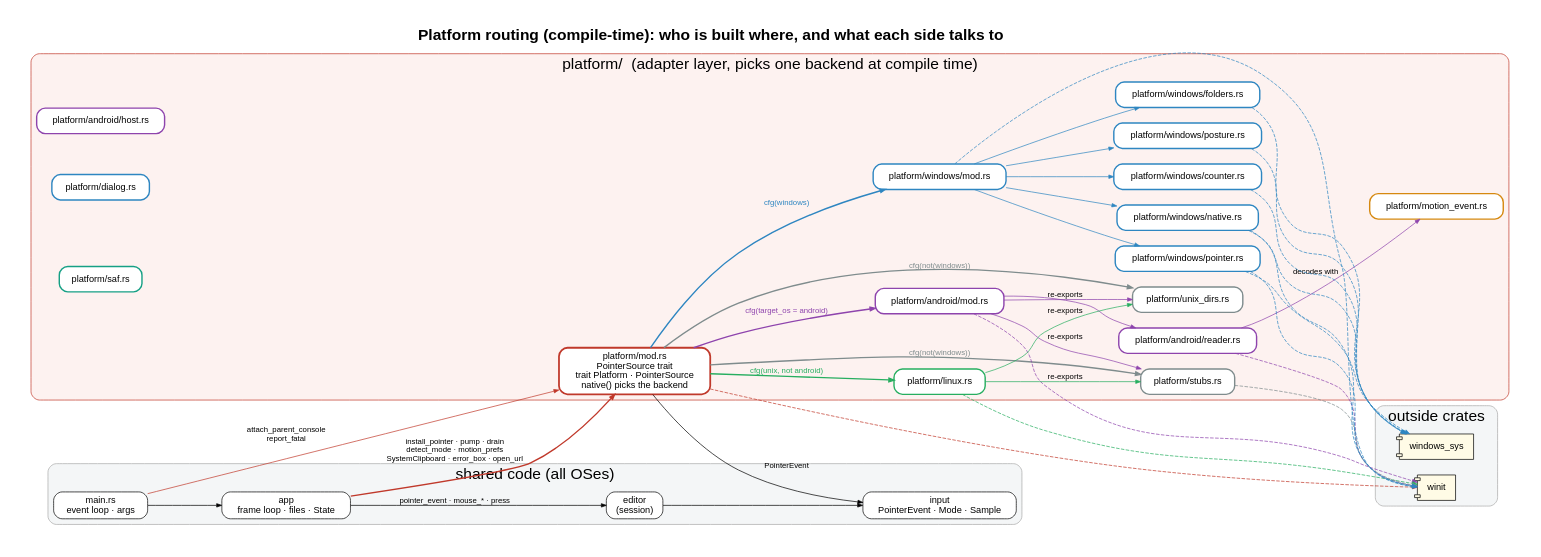
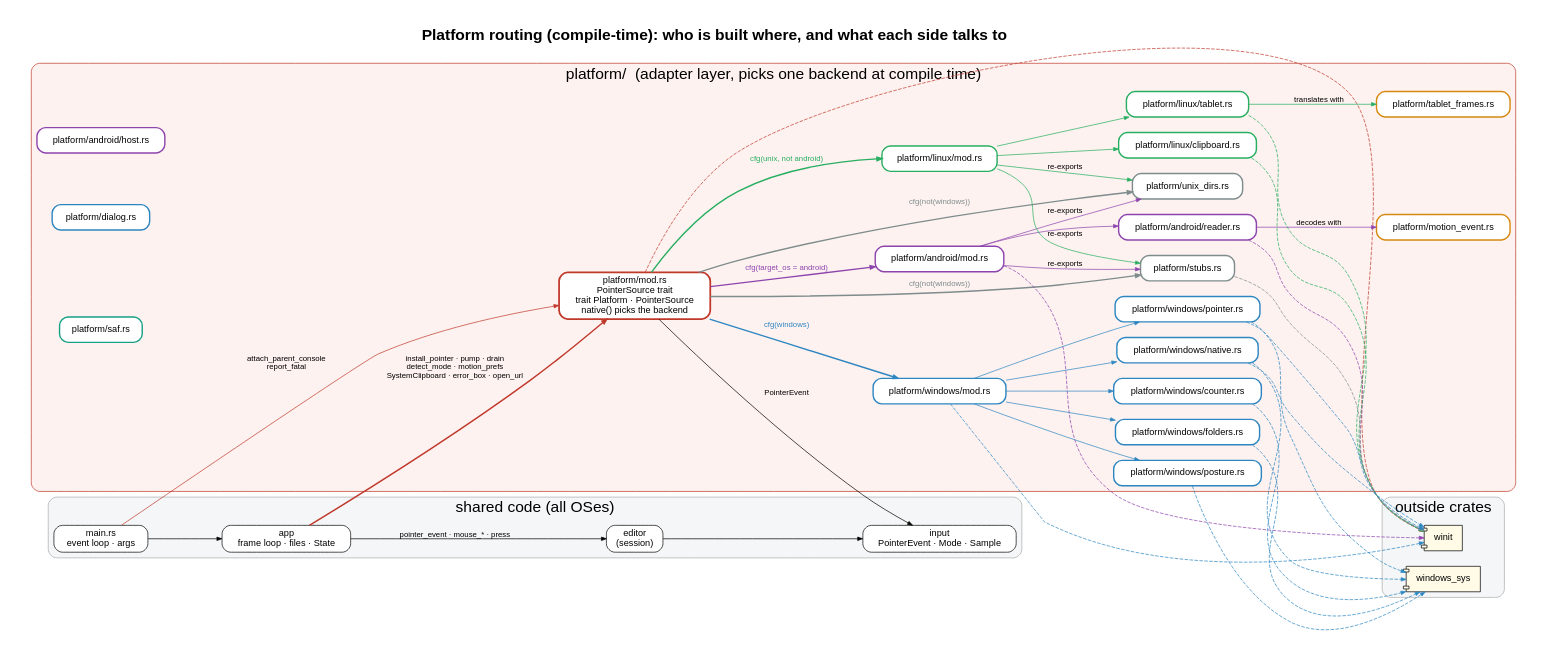
One commit to rajatmo/inkpdf changed the diagram in docs/deps/platform.dot. Above: the diagram before and after it, drawn with Graphviz. The commit also changed 77 other files, not shown here.

```diff
--- a/docs/deps/platform.dot
+++ b/docs/deps/platform.dot
@@ -1,70 +1,77 @@
 digraph P {
 rankdir=LR; newrank=true; splines=true; nodesep=0.3; ranksep=1.1; pad=0.4;
 label=<<b>Platform routing (compile-time): who is built where, and what each side talks to</b>>; labelloc=t; fontsize=22; fontname="Helvetica";
 node [shape=box, style="rounded,filled", fillcolor=white, fontname="Helvetica", fontsize=13, margin="0.14,0.07"];
 edge [arrowsize=0.7, fontname="Helvetica", fontsize=11];
 subgraph cluster_shared { label="shared code (all OSes)"; style="rounded,filled"; fillcolor="#f4f6f7"; color="#aaaaaa"; fontname="Helvetica";
   "app" [label="app\nframe loop · files · State"];
   "main" [label="main.rs\nevent loop · args"];
   "editor" [label="editor\n(session)"];
   "input" [label="input\nPointerEvent · Mode · Sample"];
 }
 subgraph cluster_plat { label="platform/  (adapter layer, picks one backend at compile time)"; style="rounded,filled"; fillcolor="#fdf2f0"; color="#c0392b"; fontname="Helvetica";
   "platform_mod" [label="platform/mod.rs\nPointerSource trait\ntrait Platform · PointerSource\nnative() picks the backend", penwidth=2.5, color="#c0392b"];
   "p_android_host" [label="platform/android/host.rs", color="#8e44ad", penwidth=2];
   "p_android_mod" [label="platform/android/mod.rs", color="#8e44ad", penwidth=2];
   "p_android_reader" [label="platform/android/reader.rs", color="#8e44ad", penwidth=2];
   "p_dialog" [label="platform/dialog.rs", color="#2e86c1", penwidth=2];
-  "p_linux" [label="platform/linux.rs", color="#27ae60", penwidth=2];
+  "p_linux_clipboard" [label="platform/linux/clipboard.rs", color="#27ae60", penwidth=2];
+  "p_linux_mod" [label="platform/linux/mod.rs", color="#27ae60", penwidth=2];
+  "p_linux_tablet" [label="platform/linux/tablet.rs", color="#27ae60", penwidth=2];
   "p_motion_event" [label="platform/motion_event.rs", color="#d68910", penwidth=2];
   "p_saf" [label="platform/saf.rs", color="#16a085", penwidth=2];
   "p_stubs" [label="platform/stubs.rs", color="#7f8c8d", penwidth=2];
+  "p_tablet_frames" [label="platform/tablet_frames.rs", color="#d68910", penwidth=2];
   "p_unix_dirs" [label="platform/unix_dirs.rs", color="#7f8c8d", penwidth=2];
   "p_windows_counter" [label="platform/windows/counter.rs", color="#2e86c1", penwidth=2];
   "p_windows_folders" [label="platform/windows/folders.rs", color="#2e86c1", penwidth=2];
   "p_windows_mod" [label="platform/windows/mod.rs", color="#2e86c1", penwidth=2];
   "p_windows_native" [label="platform/windows/native.rs", color="#2e86c1", penwidth=2];
   "p_windows_pointer" [label="platform/windows/pointer.rs", color="#2e86c1", penwidth=2];
   "p_windows_posture" [label="platform/windows/posture.rs", color="#2e86c1", penwidth=2];
 }
 subgraph cluster_ext { label="outside crates"; style="rounded,filled"; fillcolor="#f4f6f7"; color="#aaaaaa"; fontname="Helvetica";
   "x_winit" [label="winit", shape=component, fillcolor="#fffbe6"];
   "x_windows_sys" [label="windows_sys", shape=component, fillcolor="#fffbe6"];
 }
 "main" -> "app"
 "app" -> "platform_mod" [label="install_pointer · pump · drain\ndetect_mode · motion_prefs\nSystemClipboard · error_box · open_url", penwidth=2, color="#c0392b"]
 "app" -> "editor" [label="pointer_event · mouse_* · press"]
 "main" -> "platform_mod" [label="attach_parent_console\nreport_fatal", color="#c0392b"]
 "platform_mod" -> "input" [label="PointerEvent"]
 "editor" -> "input"
 "platform_mod" -> "p_android_mod" [label="cfg(target_os = android)", color="#8e44ad", penwidth=2, fontcolor="#8e44ad"]
 "p_android_mod" -> "x_winit" [color="#8e44ad", style=dashed]
 "p_android_reader" -> "x_winit" [color="#8e44ad", style=dashed]
-"platform_mod" -> "p_linux" [label="cfg(unix, not android)", color="#27ae60", penwidth=2, fontcolor="#27ae60"]
-"p_linux" -> "x_winit" [color="#27ae60", style=dashed]
+"p_linux_clipboard" -> "x_winit" [color="#27ae60", style=dashed]
+"platform_mod" -> "p_linux_mod" [label="cfg(unix, not android)", color="#27ae60", penwidth=2, fontcolor="#27ae60"]
+"p_linux_tablet" -> "x_winit" [color="#27ae60", style=dashed]
 "platform_mod" -> "p_stubs" [label="cfg(not(windows))", color="#7f8c8d", penwidth=2, fontcolor="#7f8c8d"]
 "p_stubs" -> "x_winit" [color="#7f8c8d", style=dashed]
 "platform_mod" -> "p_unix_dirs" [label="cfg(not(windows))", color="#7f8c8d", penwidth=2, fontcolor="#7f8c8d"]
 "p_windows_counter" -> "x_windows_sys" [color="#2e86c1", style=dashed]
 "p_windows_folders" -> "x_windows_sys" [color="#2e86c1", style=dashed]
 "platform_mod" -> "p_windows_mod" [label="cfg(windows)", color="#2e86c1", penwidth=2, fontcolor="#2e86c1"]
 "p_windows_mod" -> "x_winit" [color="#2e86c1", style=dashed]
 "p_windows_native" -> "x_windows_sys" [color="#2e86c1", style=dashed]
 "p_windows_native" -> "x_winit" [color="#2e86c1", style=dashed]
 "p_windows_pointer" -> "x_windows_sys" [color="#2e86c1", style=dashed]
 "p_windows_pointer" -> "x_winit" [color="#2e86c1", style=dashed]
 "p_windows_posture" -> "x_windows_sys" [color="#2e86c1", style=dashed]
 "platform_mod" -> "x_winit" [style=dashed, color="#c0392b"]
 "p_windows_mod" -> "p_windows_pointer" [color="#2e86c1"]
 "p_windows_mod" -> "p_windows_native" [color="#2e86c1"]
 "p_windows_mod" -> "p_windows_posture" [color="#2e86c1"]
 "p_windows_mod" -> "p_windows_folders" [color="#2e86c1"]
 "p_windows_mod" -> "p_windows_counter" [color="#2e86c1"]
 "p_android_mod" -> "p_android_reader" [color="#8e44ad"]
-"p_linux" -> "p_stubs" [label="re-exports", color="#27ae60"]
-"p_linux" -> "p_unix_dirs" [label="re-exports", color="#27ae60"]
+"p_linux_mod" -> "p_stubs" [label="re-exports", color="#27ae60"]
+"p_linux_mod" -> "p_unix_dirs" [label="re-exports", color="#27ae60"]
 "p_android_mod" -> "p_stubs" [label="re-exports", color="#8e44ad"]
 "p_android_mod" -> "p_unix_dirs" [label="re-exports", color="#8e44ad"]
 "p_android_reader" -> "p_motion_event" [label="decodes with", color="#8e44ad"]
-{rank=same; "p_windows_mod"; "p_linux"; "p_android_mod";}
+"p_linux_mod" -> "p_linux_tablet" [color="#27ae60"]
+"p_linux_mod" -> "p_linux_clipboard" [color="#27ae60"]
+"p_linux_tablet" -> "p_tablet_frames" [label="translates with", color="#27ae60"]
+{rank=same; "p_windows_mod"; "p_linux_mod"; "p_android_mod";}
 }
```
